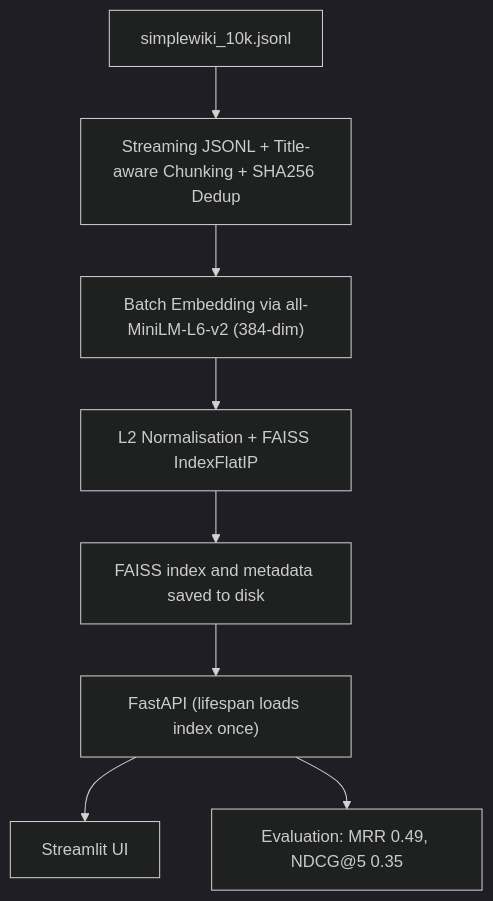
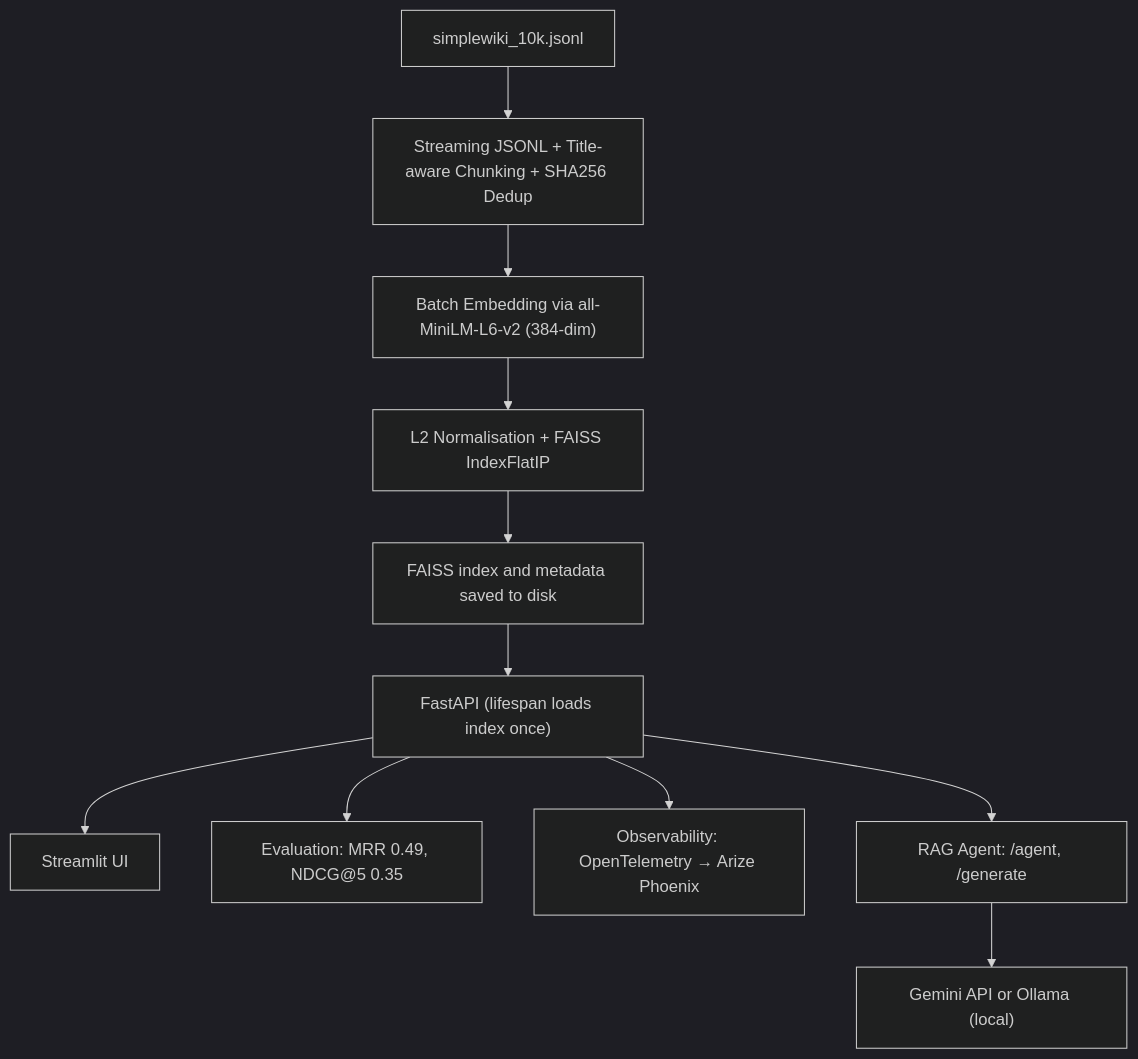
The diagram in README.md (DangXiMi/Semantic-Search-Engine), drawn with Mermaid (dark theme) before and after one commit. The commit also changed other lines of this file, not shown here.

````diff
--- a/README.md
+++ b/README.md
@@ -40,10 +73,13 @@
 ```mermaid
 flowchart TD
     A["simplewiki_10k.jsonl"] --> B["Streaming JSONL + Title-aware Chunking + SHA256 Dedup"]
     B --> C["Batch Embedding via all-MiniLM-L6-v2 (384-dim)"]
     C --> D["L2 Normalisation + FAISS IndexFlatIP"]
     D --> E["FAISS index and metadata saved to disk"]
     E --> F["FastAPI (lifespan loads index once)"]
     F --> G["Streamlit UI"]
     F --> H["Evaluation: MRR 0.49, NDCG@5 0.35"]
+    F --> I["Observability: OpenTelemetry → Arize Phoenix"]
+    F --> J["RAG Agent: /agent, /generate"]
+    J --> K["Gemini API or Ollama (local)"]
 ```
````
